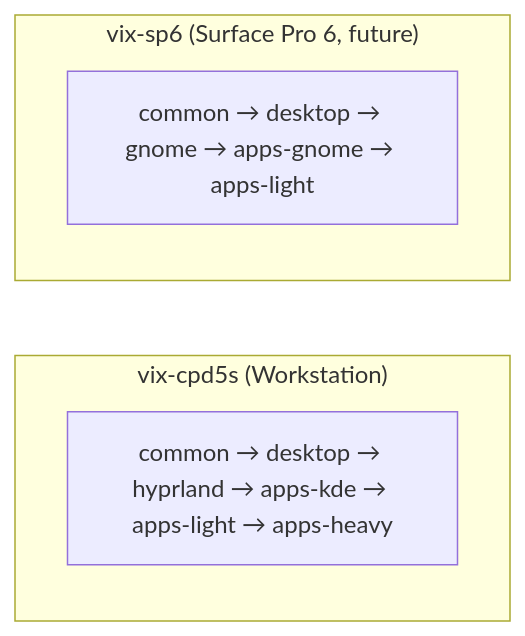
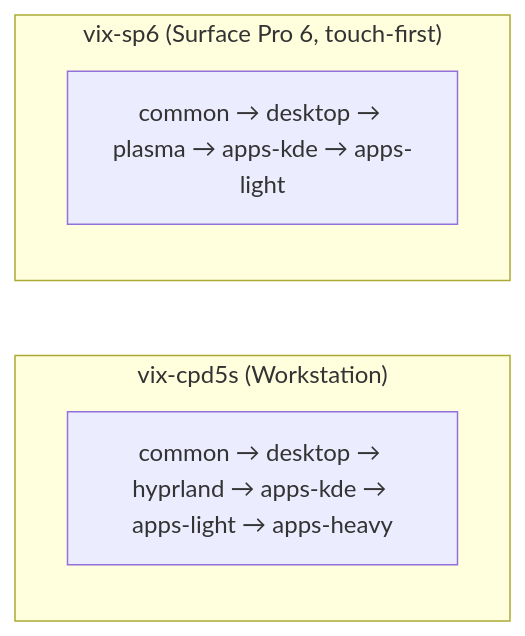
One commit to vixhentx/nixos changed the second of 4 diagrams in docs/ARCHITECTURE.md. Above: the diagram before and after it, drawn with Mermaid. The commit also changed other lines of this file and 10 other files, not shown here.

````diff
--- a/docs/ARCHITECTURE.md
+++ b/docs/ARCHITECTURE.md
@@ -43,10 +50,10 @@
 ```mermaid
 graph LR
     subgraph "vix-cpd5s (Workstation)"
         cpd5s["common → desktop → hyprland → apps-kde → apps-light → apps-heavy"]
     end
 
-    subgraph "vix-sp6 (Surface Pro 6, future)"
-        sp6["common → desktop → gnome → apps-gnome → apps-light"]
+    subgraph "vix-sp6 (Surface Pro 6, touch-first)"
+        sp6["common → desktop → plasma → apps-kde → apps-light"]
     end
 ```
````
